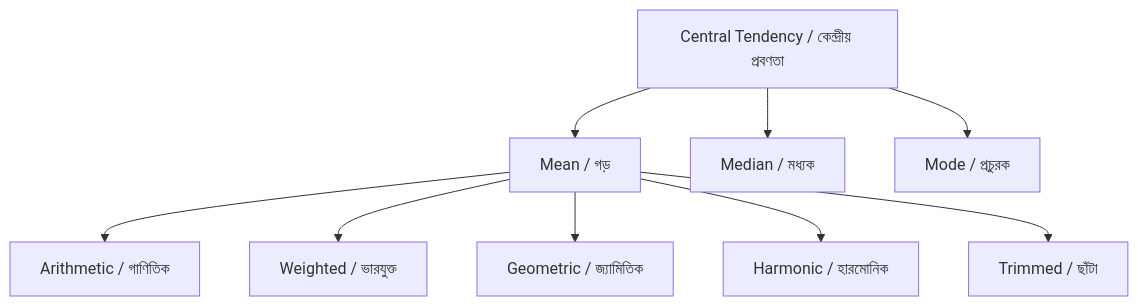
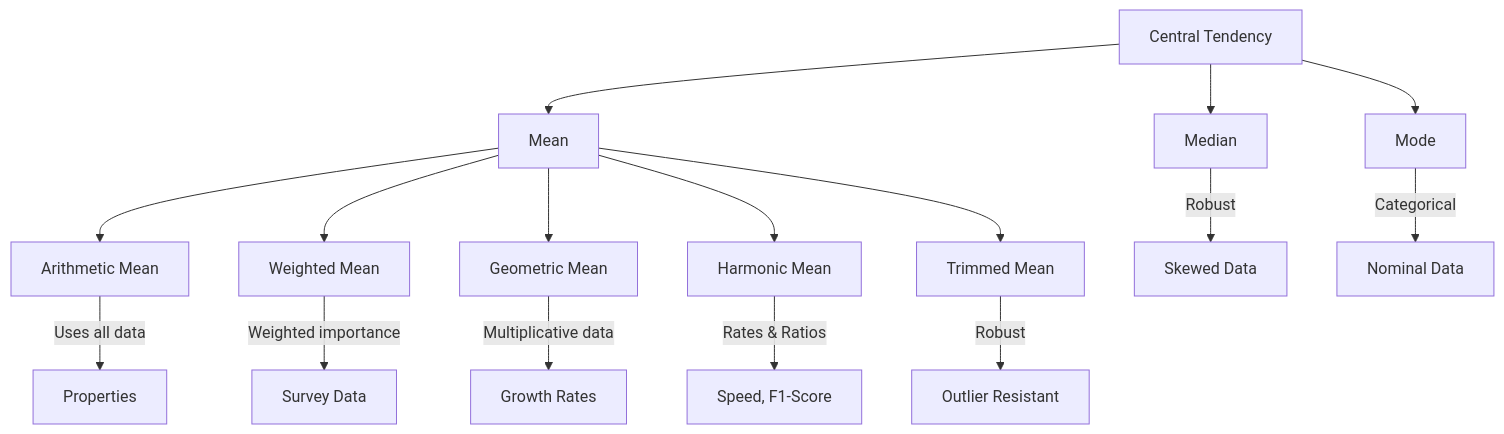
The second of 6 diagrams in 02-central-tendency.md (muhammadsalek/statistics-for-scientists), drawn with Mermaid before and after one commit. The commit also changed other lines of this file, not shown here.

````diff
--- a/02-central-tendency.md
+++ b/02-central-tendency.md
@@ -64,11 +100,21 @@
 ```mermaid
 flowchart TD
-    A[Central Tendency / কেন্দ্রীয় প্রবণতা] --> B[Mean / গড়]
-    A --> C[Median / মধ্যক]
-    A --> D[Mode / প্রচুরক]
-    B --> B1[Arithmetic / গাণিতিক]
-    B --> B2[Weighted / ভারযুক্ত]
-    B --> B3[Geometric / জ্যামিতিক]
-    B --> B4[Harmonic / হারমোনিক]
-    B --> B5[Trimmed / ছাঁটা]
+    A[Central Tendency] --> B[Mean]
+    A --> C[Median]
+    A --> D[Mode]
+    
+    B --> B1[Arithmetic Mean]
+    B --> B2[Weighted Mean]
+    B --> B3[Geometric Mean]
+    B --> B4[Harmonic Mean]
+    B --> B5[Trimmed Mean]
+    
+    B1 --> |Uses all data| P1[Properties]
+    B2 --> |Weighted importance| P2[Survey Data]
+    B3 --> |Multiplicative data| P3[Growth Rates]
+    B4 --> |Rates & Ratios| P4[Speed, F1-Score]
+    B5 --> |Robust| P5[Outlier Resistant]
+    
+    C --> |Robust| R1[Skewed Data]
+    D --> |Categorical| R2[Nominal Data]
 ```
````
